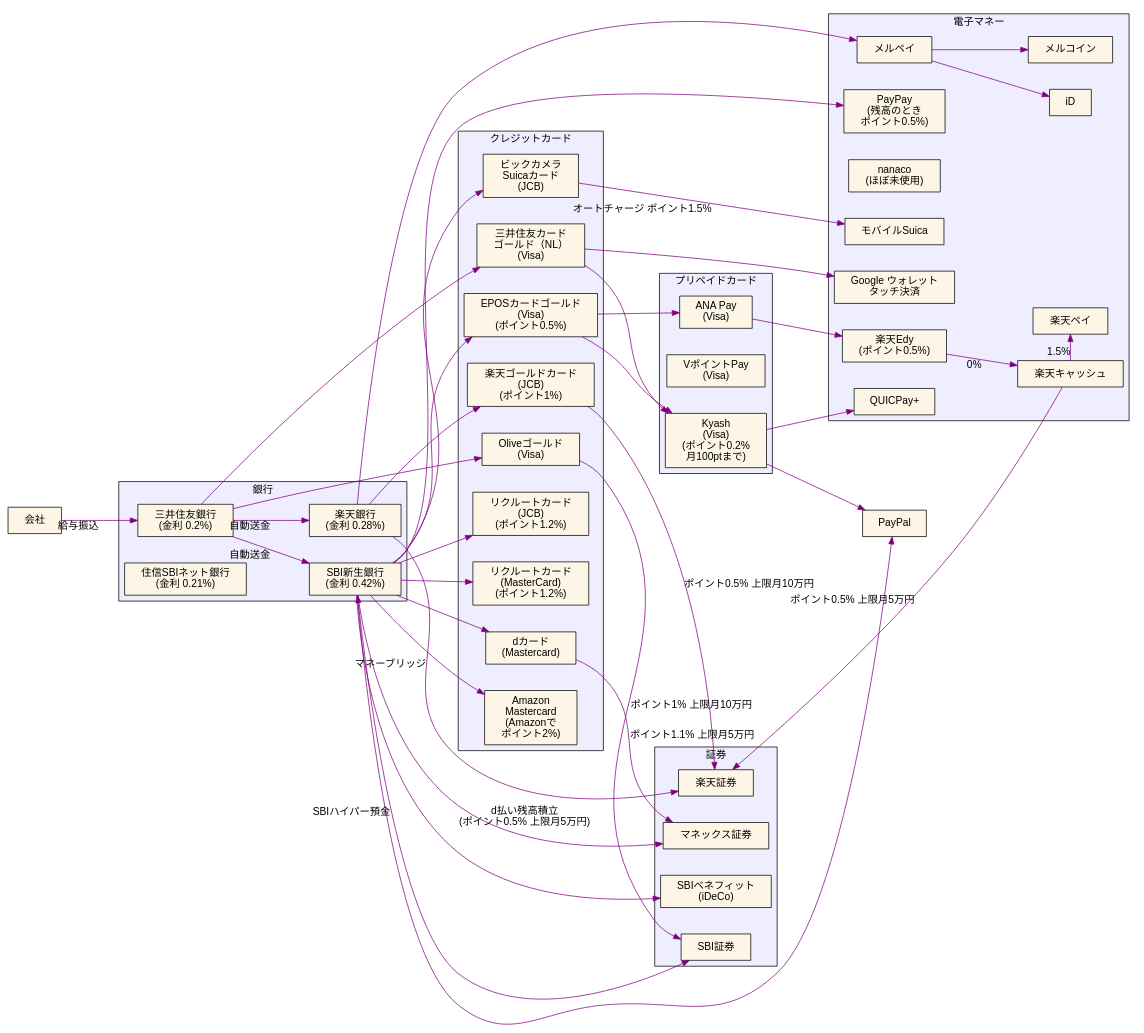
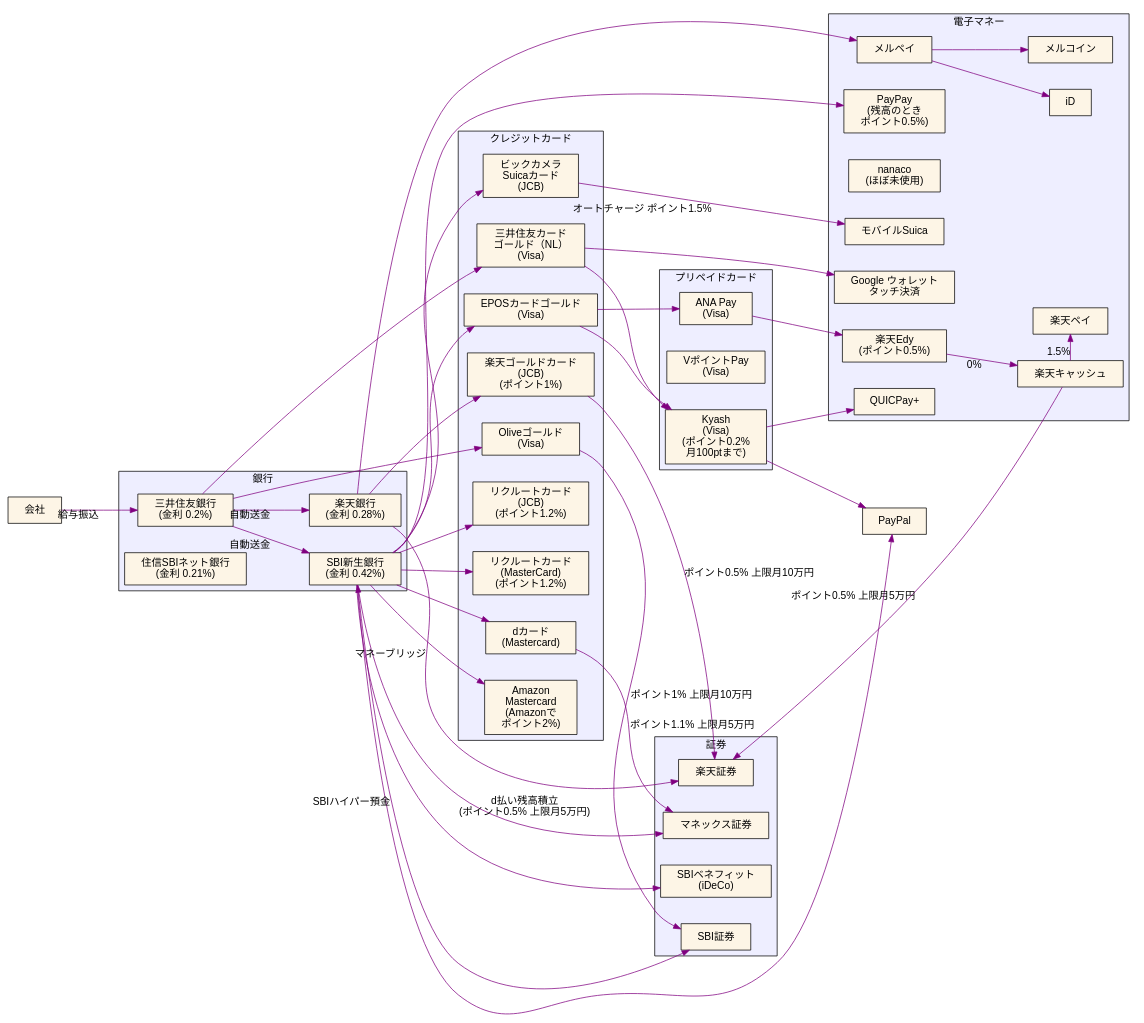
Before and after one commit to hushin/zatsuni.dev: the diagram in src/data/blog/2026/01/money.dot, drawn with Graphviz. The commit also changed 1 other file, not shown here.

```diff
--- a/src/data/blog/2026/01/money.dot
+++ b/src/data/blog/2026/01/money.dot
@@ -1,119 +1,119 @@
 digraph G    {
     rankdir=LR;
     // splines=curved;
     nodesep=0.5;
     ranksep=1.2;
     fontname="Helvetica,Arial,sans-serif";
 
     node [
         fontname="Helvetica,Arial,sans-serif",
         shape=box,
         style=filled,
         fillcolor="#fdf5e6",
         margin="0.3,0.1"
     ];
     edge [
         fontname="Helvetica,Arial,sans-serif",
         // decorate=true,
         color=purple,
     ];
 
     subgraph cluster_銀行 {
         label="銀行";
         bgcolor="#eeeeff";
         "SBI新生銀行" [label="SBI新生銀行\n(金利 0.42%)"];
         "三井住友銀行" [label="三井住友銀行\n(金利 0.2%)"];
         "住信SBIネット銀行" [label="住信SBIネット銀行\n(金利 0.21%)"];
         "楽天銀行" [label="楽天銀行\n(金利 0.28%)"];
     }
 
     "会社" -> "三井住友銀行" [xlabel="給与振込"];
     "三井住友銀行" -> "楽天銀行" [xlabel="自動送金"];
     "三井住友銀行" -> "SBI新生銀行" [xlabel="自動送金"];
 
     subgraph cluster_カード {
         label="クレジットカード";
         bgcolor="#eeeeff";
         "リクルートカードMC" [label="リクルートカード\n(MasterCard)\n(ポイント1.2%)"];
         "楽天カード" [label="楽天ゴールドカード\n(JCB)\n(ポイント1%)"];
         "ビックカメラSuicaカード" [label="ビックカメラ\nSuicaカード\n(JCB)"];
         "Amazonカード" [label="Amazon\nMastercard\n(Amazonで\nポイント2%)"];
         "三井住友カードゴールド" [label="三井住友カード\nゴールド（NL）\n(Visa)"];
         "リクルートカードJCB" [label="リクルートカード\n(JCB)\n(ポイント1.2%)"];
-        "EPOSカード" [label="EPOSカードゴールド\n(Visa)\n(ポイント0.5%)"];
+        "EPOSカード" [label="EPOSカードゴールド\n(Visa)"];
         "dカード" [label="dカード\n(Mastercard)"];
         "Oliveゴールド" [label="Oliveゴールド\n(Visa)"];
     }
     "楽天銀行" -> "楽天カード";
     "三井住友銀行" -> "Oliveゴールド";
     "三井住友銀行" -> "三井住友カードゴールド";
     "SBI新生銀行" -> "ビックカメラSuicaカード";
     "SBI新生銀行" -> "Amazonカード";
     "SBI新生銀行" -> "リクルートカードJCB";
     "SBI新生銀行" -> "リクルートカードMC";
     "SBI新生銀行" -> "EPOSカード";
     "SBI新生銀行" -> "dカード";
 
     subgraph cluster_証券 {
         label="証券";
         bgcolor="#eeeeff";
         "楽天銀行" -> "楽天証券" [xlabel="マネーブリッジ"];
         "マネックス証券";
         "SBIベネフィット" [label="SBIベネフィット\n(iDeCo)"];
 
         "SBI証券" -> "SBI新生銀行" [xlabel="SBIハイパー預金" dir="both"];
         "SBI新生銀行" -> "SBIベネフィット";
     }
 
     "Oliveゴールド" -> "SBI証券" [xlabel="ポイント1% 上限月10万円"];
     "SBI新生銀行" -> "マネックス証券" [xlabel="d払い残高積立\n(ポイント0.5% 上限月5万円)"];
     "dカード" -> "マネックス証券" [xlabel="ポイント1.1% 上限月5万円"];
     "楽天カード" -> "楽天証券" [xlabel="ポイント0.5% 上限月10万円"];
     "楽天キャッシュ" -> "楽天証券" [xlabel="ポイント0.5% 上限月5万円"];
 
     subgraph cluster_プリペイド {
         label="プリペイドカード";
         bgcolor="#eeeeff";
         "Kyash" [label="Kyash\n(Visa)\n(ポイント0.2%\n月100ptまで)"];
         "VポイントPay" [label="VポイントPay\n(Visa)"];
         "ANA Pay" [label="ANA Pay\n(Visa)"];
     }
     "EPOSカード" -> "Kyash";
     "三井住友カードゴールド" -> "Kyash";
     "EPOSカード" -> "ANA Pay";
     "Kyash" -> "PayPal";
     "SBI新生銀行" -> "PayPal";
 
     subgraph cluster_電子マネー {
         label="電子マネー";
         bgcolor="#eeeeff";
         "PayPay" [label="PayPay\n(残高のとき\nポイント0.5%)"];
         "モバイルSuica" [label="モバイルSuica"];
         "nanaco" [label="nanaco\n(ほぼ未使用)"];
         "楽天Edy" [label="楽天Edy\n(ポイント0.5%)"];
         "楽天キャッシュ";
         "楽天ペイ";
         "iD";
         "メルペイ";
         "メルコイン";
         "QUICPay+" [label="QUICPay+"];
         "Googleウォレット" [label="Google ウォレット\nタッチ決済"];
 
         { rank=same; "楽天キャッシュ"; "楽天ペイ"; }
     }
     "SBI新生銀行" -> "PayPay";
     "ビックカメラSuicaカード" -> "モバイルSuica" [xlabel="オートチャージ ポイント1.5%"];
     "楽天銀行" -> "メルペイ" -> "iD";
     "メルペイ" -> "メルコイン";
     "三井住友カードゴールド" -> "Googleウォレット";
     "Kyash" -> "QUICPay+";
     "ANA Pay" -> "楽天Edy";
     "楽天Edy" -> "楽天キャッシュ" [xlabel="0%"];
     "楽天キャッシュ" -> "楽天ペイ" [xlabel="1.5%"];
 
     // ダミーノードで位置調整
     subgraph adjust {
         invisible1 [style=invis];
         invisible1 -> "SBI証券" [style=invis];
     }
 }
```
